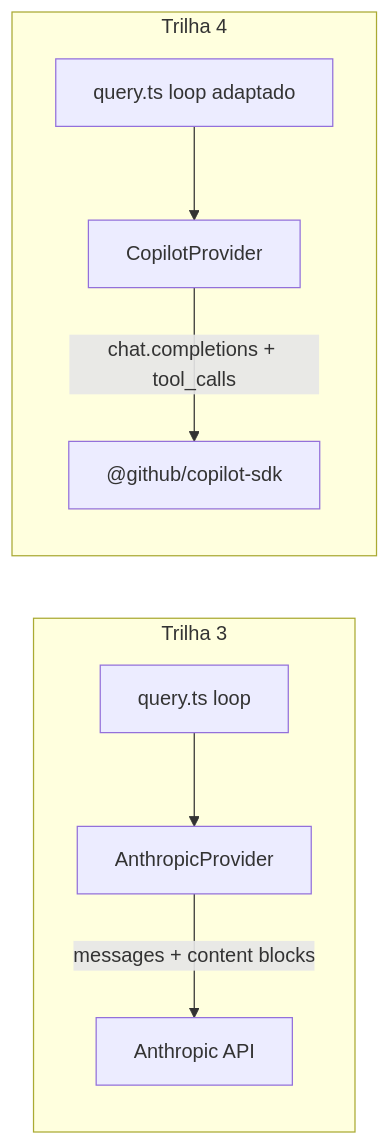
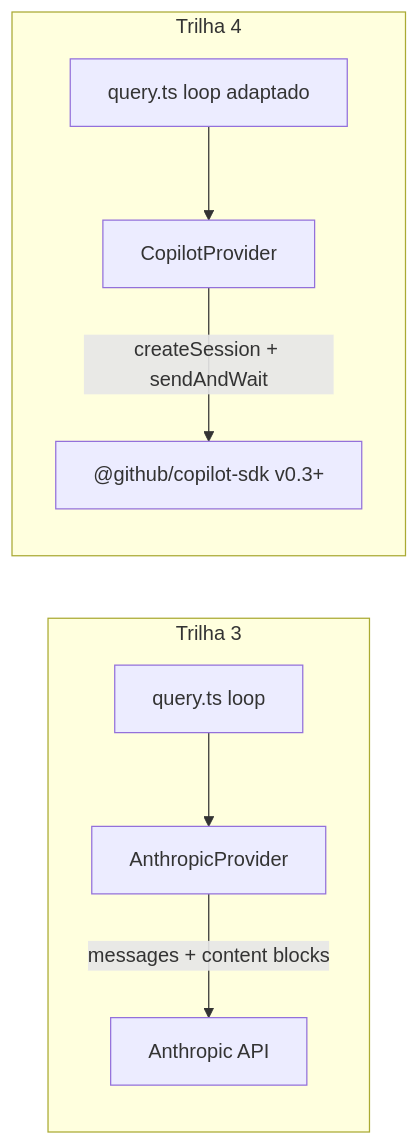
The diagram in docs/track-4-harness-copilot/README.md (DouglasHennrich/agents-study), drawn with Mermaid before and after one commit. The commit also changed other lines of this file and 15 other files, not shown here.

````diff
--- a/docs/track-4-harness-copilot/README.md
+++ b/docs/track-4-harness-copilot/README.md
@@ -14,11 +14,11 @@
 ```mermaid
 flowchart LR
   subgraph T3[Trilha 3]
     Q3[query.ts loop] --> P3[AnthropicProvider]
     P3 -->|messages + content blocks| A[Anthropic API]
   end
   subgraph T4[Trilha 4]
     Q4[query.ts loop adaptado] --> P4[CopilotProvider]
-    P4 -->|chat.completions + tool_calls| C["@github/copilot-sdk"]
+    P4 -->|createSession + sendAndWait| C["@github/copilot-sdk v0.3+"]
   end
 ```
````
